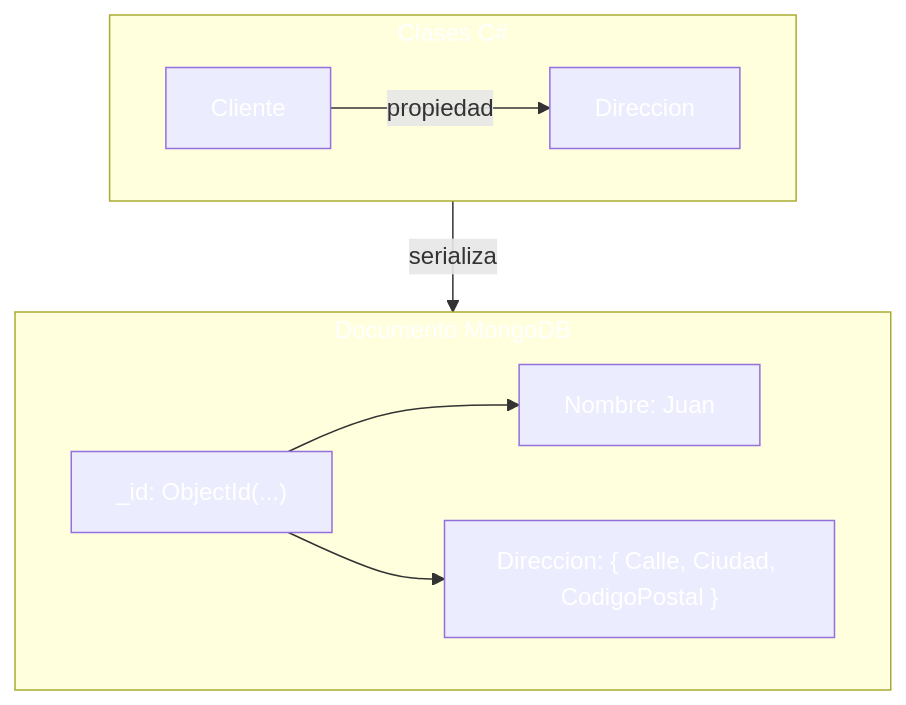
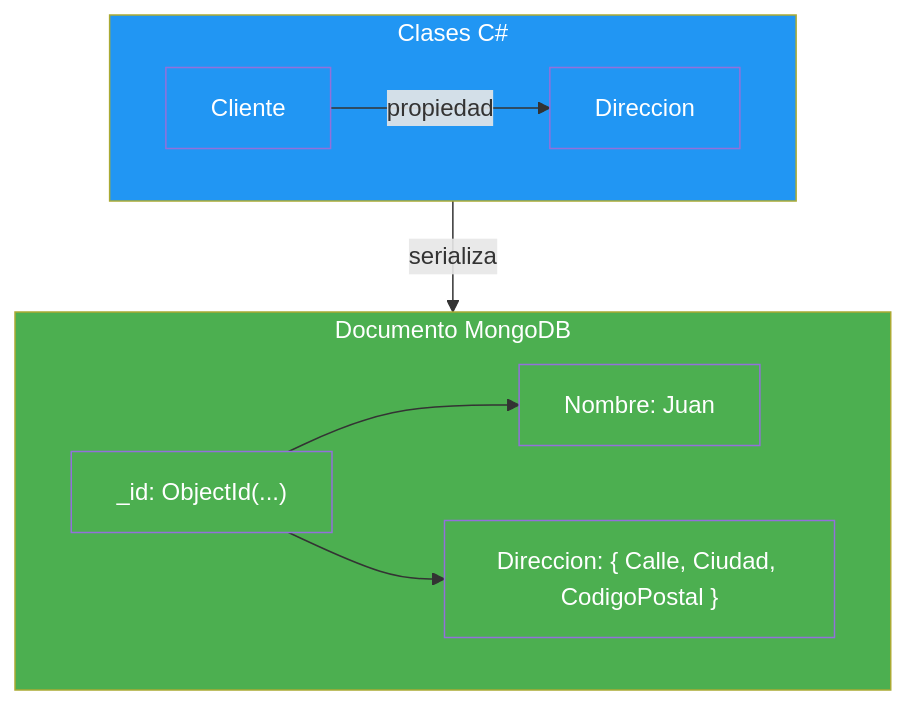
The sixth of 9 diagrams in 13-mongodb.md (joseluisgs/DesarrolloWebEntornosServidor-02-2026-2027), drawn with Mermaid before and after one commit. The commit also changed other lines of this file, not shown here.

Commit message:
docs: reescribir el bloque de diseño de MongoDB (13.2) y alinear el tema 13 con el ejemplo de productos

````diff
--- a/13-mongodb.md
+++ b/13-mongodb.md
@@ -867,22 +916,22 @@
 ```mermaid
 graph TD
     subgraph CLASES["Clases C#"]
         C[Cliente] -->|propiedad| D[Direccion]
     end
 
     subgraph MONGO["Documento MongoDB"]
         M["_id: ObjectId(...)"]
         M --> N["Nombre: Juan"]
         M --> DIR["Direccion: { Calle, Ciudad, CodigoPostal }"]
     end
 
     CLASES -->|serializa| MONGO
 
-    style CLASES fill:#2196F,color:#fff3,color:#fff
-    style MONGO fill:#4CAF5,color:#fff0,color:#fff
-    style C fill:#2196F,color:#fff3,color:#fff
-    style D fill:#2196F,color:#fff3,color:#fff
-    style M fill:#4CAF5,color:#fff0,color:#fff
-    style N fill:#4CAF5,color:#fff0,color:#fff
-    style DIR fill:#4CAF5,color:#fff0,color:#fff
+    style CLASES fill:#2196F3,color:#fff
+    style MONGO fill:#4CAF50,color:#fff
+    style C fill:#2196F3,color:#fff
+    style D fill:#2196F3,color:#fff
+    style M fill:#4CAF50,color:#fff
+    style N fill:#4CAF50,color:#fff
+    style DIR fill:#4CAF50,color:#fff
 ```
````
